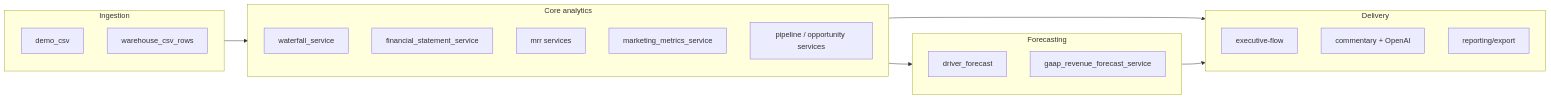
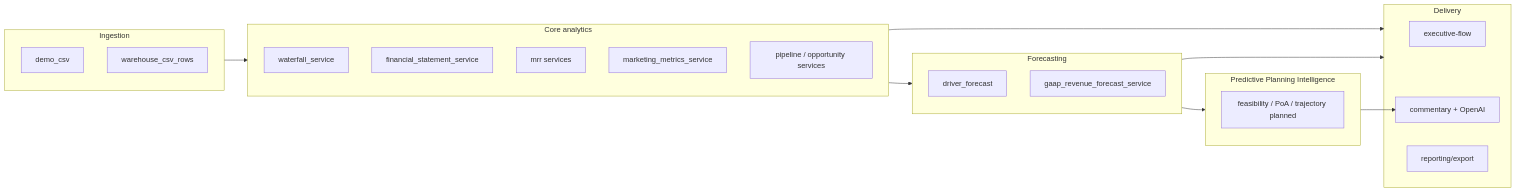
The second of 2 diagrams in docs/Architecture_Master.md (mattjustice-ops/smpl-financial-intelligence), drawn with Mermaid before and after one commit. The commit also changed other lines of this file and 15 other files, not shown here.

````diff
--- a/docs/Architecture_Master.md
+++ b/docs/Architecture_Master.md
@@ -162,31 +166,37 @@
 ```mermaid
 flowchart LR
   subgraph ingest_svc [Ingestion]
     DemoCSV[demo_csv]
     Warehouse[warehouse_csv_rows]
   end
 
   subgraph core [Core analytics]
     Waterfall[waterfall_service]
     FS[financial_statement_service]
     MRR[mrr services]
     Marketing[marketing_metrics_service]
     Pipeline[pipeline / opportunity services]
   end
 
   subgraph forecast [Forecasting]
     Drivers[driver_forecast]
     GAAP[gaap_revenue_forecast_service]
   end
 
+  subgraph ppi [Predictive Planning Intelligence]
+    PPI[feasibility / PoA / trajectory planned]
+  end
+
   subgraph deliver [Delivery]
     Executive[executive-flow]
     Commentary[commentary + OpenAI]
     Export[reporting/export]
   end
 
   ingest_svc --> core
   core --> forecast
   core --> deliver
   forecast --> deliver
+  forecast --> ppi
+  ppi --> Commentary
 ```
````
